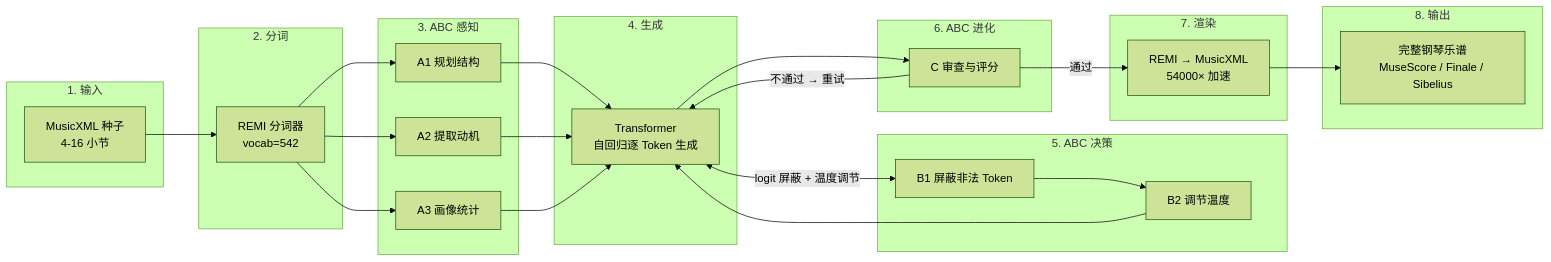
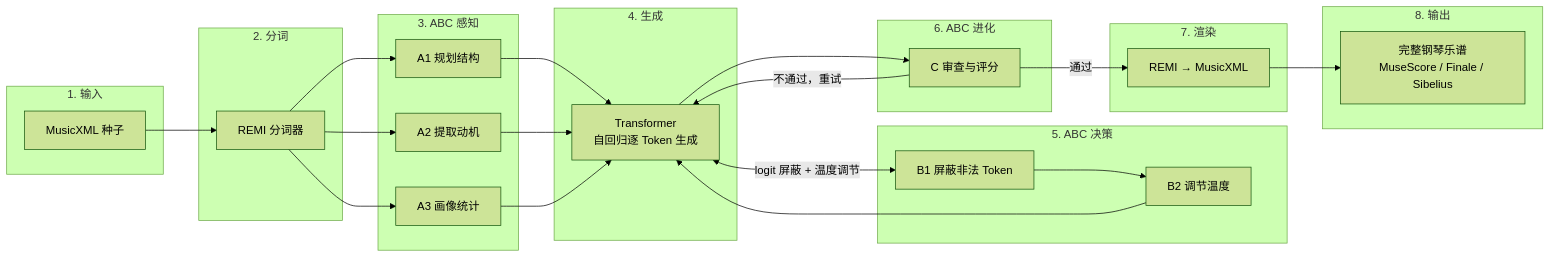
The tenth of 12 diagrams in README.md (Derancarls/Chopinote-AI), drawn with Mermaid (forest theme) before and after one commit. The commit also changed other lines of this file, not shown here.

Commit message:
v0.3.3-pre2: fix Mermaid syntax, remove LMDB/data-pipeline from README

````diff
--- a/README.md
+++ b/README.md
@@ -578,45 +483,52 @@
 ```mermaid
 flowchart LR
     subgraph "1. 输入"
-        MX[MusicXML 种子<br/>4-16 小节]
+        MX["MusicXML 种子"]
     end
+
     subgraph "2. 分词"
-        REMI[REMI 分词器<br/>vocab=542]
+        REMI["REMI 分词器"]
     end
+
     subgraph "3. ABC 感知"
-        A1[A1 规划结构]
-        A2[A2 提取动机]
-        A3[A3 画像统计]
+        A1["A1 规划结构"]
+        A2["A2 提取动机"]
+        A3["A3 画像统计"]
     end
+
     subgraph "4. 生成"
         GEN["Transformer<br/>自回归逐 Token 生成"]
     end
+
     subgraph "5. ABC 决策"
-        B1[B1 屏蔽非法 Token]
-        B2[B2 调节温度]
+        B1["B1 屏蔽非法 Token"]
+        B2["B2 调节温度"]
     end
+
     subgraph "6. ABC 进化"
-        C1[C 审查与评分]
+        C1["C 审查与评分"]
     end
+
     subgraph "7. 渲染"
-        RENDER[REMI → MusicXML<br/>54000× 加速]
+        RENDER["REMI → MusicXML"]
     end
+
     subgraph "8. 输出"
-        OUT[完整钢琴乐谱<br/>MuseScore / Finale / Sibelius]
+        OUT["完整钢琴乐谱<br/>MuseScore / Finale / Sibelius"]
     end
 
     MX --> REMI
     REMI --> A1
     REMI --> A2
     REMI --> A3
     A1 --> GEN
     A2 --> GEN
     A3 --> GEN
     GEN <-->|"logit 屏蔽 + 温度调节"| B1
     B1 --> B2
     B2 --> GEN
     GEN --> C1
     C1 -->|"通过"| RENDER
-    C1 -->|"不通过 → 重试"| GEN
+    C1 -->|"不通过，重试"| GEN
     RENDER --> OUT
 ```
````
